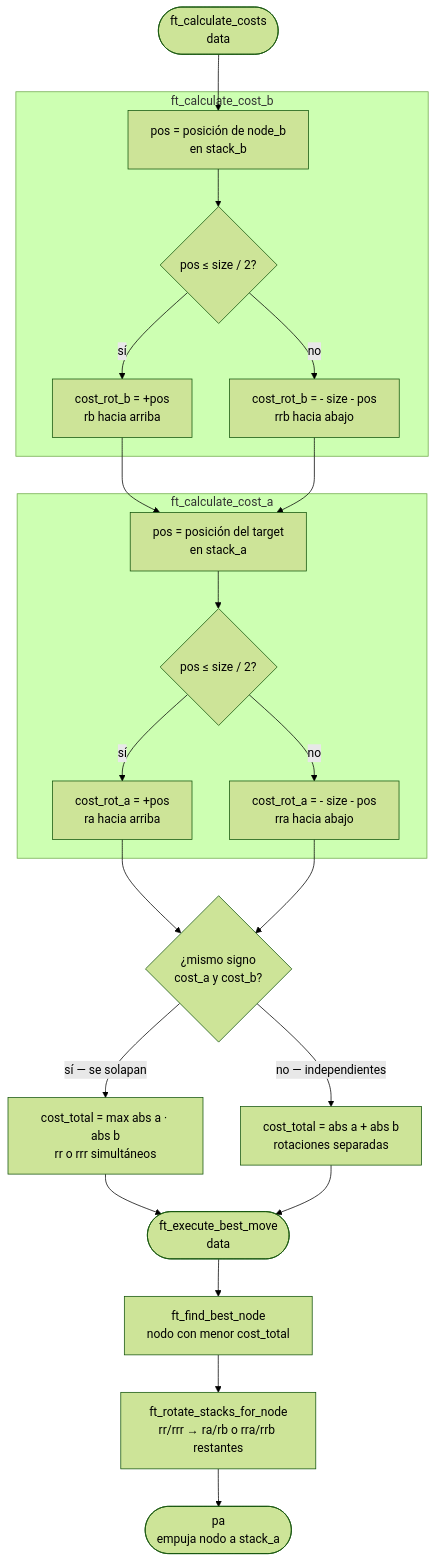
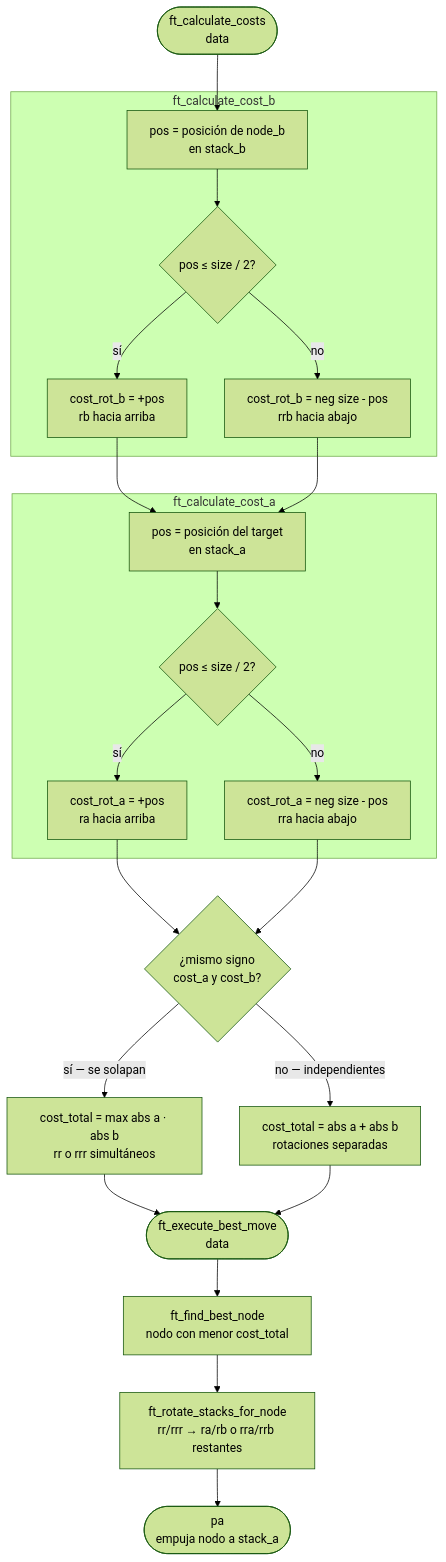
One commit to Rjrtriky/Push_Swap changed the fourth of 4 diagrams in README.md. Above: the diagram before and after it, drawn with Mermaid (forest theme). The commit also changed other lines of this file, not shown here.

````diff
--- a/README.md
+++ b/README.md
@@ -930,29 +879,29 @@
 ```mermaid
 flowchart TD
     A([ft_calculate_costs\ndata]) --> B
- 
+
     subgraph COSTB [ft_calculate_cost_b]
         B[pos = posición de node_b\nen stack_b]
         B --> C{pos ≤ size / 2?}
         C -->|sí| D[cost_rot_b = +pos\nrb hacia arriba]
-        C -->|no| E[cost_rot_b = - size - pos\nrrb hacia abajo]
+        C -->|no| E[cost_rot_b = neg size - pos\nrrb hacia abajo]
     end
- 
+
     D & E --> F
- 
+
     subgraph COSTA [ft_calculate_cost_a]
         F[pos = posición del target\nen stack_a]
         F --> G{pos ≤ size / 2?}
         G -->|sí| H[cost_rot_a = +pos\nra hacia arriba]
-        G -->|no| I[cost_rot_a = - size - pos\nrra hacia abajo]
+        G -->|no| I[cost_rot_a = neg size - pos\nrra hacia abajo]
     end
- 
+
     H & I --> J{¿mismo signo\ncost_a y cost_b?}
     J -->|sí — se solapan| K[cost_total = max abs a · abs b\nrr o rrr simultáneos]
     J -->|no — independientes| L[cost_total = abs a + abs b\nrotaciones separadas]
- 
+
     K & L --> M([ft_execute_best_move\ndata])
     M --> N[ft_find_best_node\nnodo con menor cost_total]
     N --> O[ft_rotate_stacks_for_node\nrr/rrr → ra/rb o rra/rrb restantes]
     O --> P([pa\nempuja nodo a stack_a])
 ```
````
